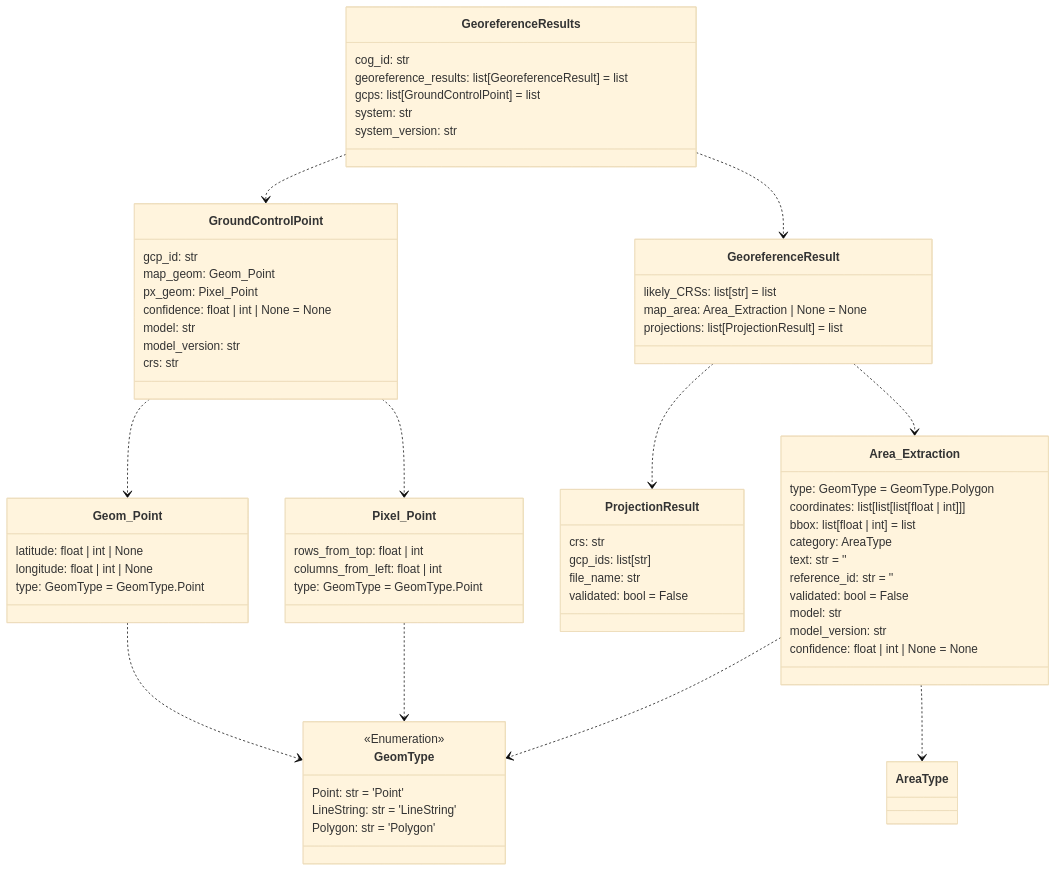
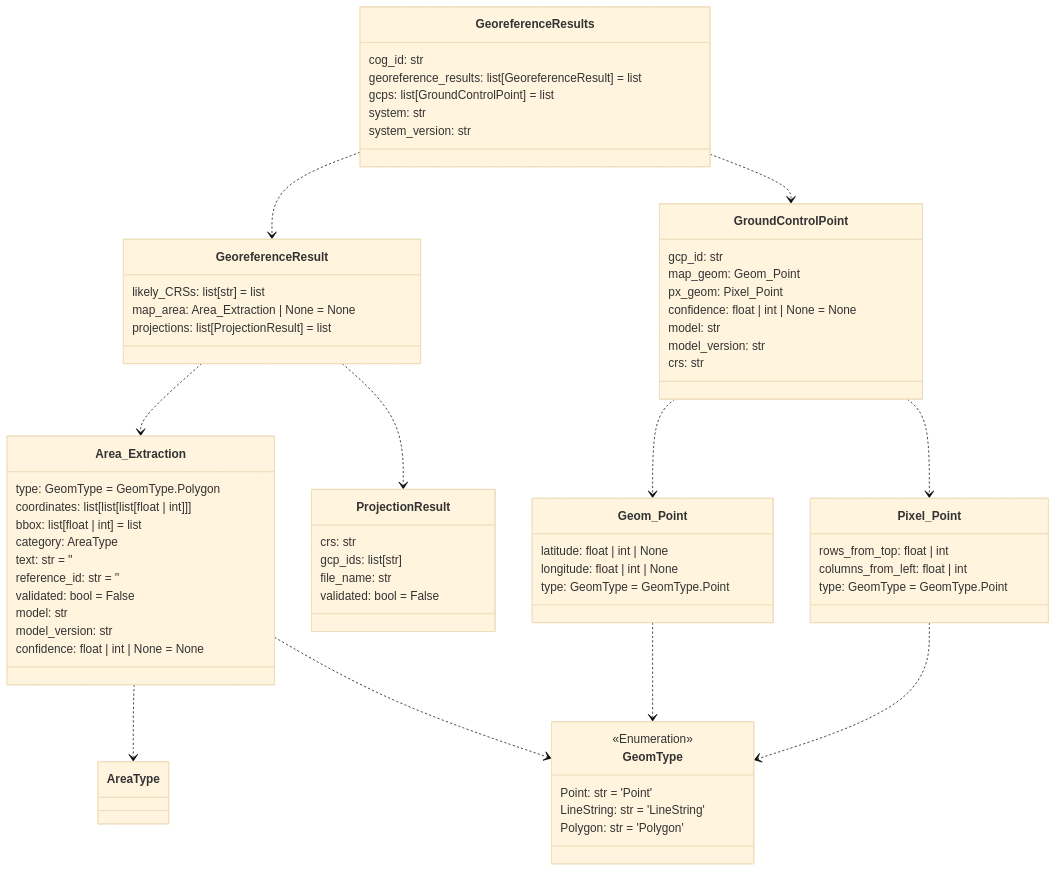
Before and after one commit to DARPA-CRITICALMAAS/cdr_schemas: the second of 14 diagrams in README.md, drawn with Mermaid (base theme). The commit also changed other lines of this file and 2 other files, not shown here.

First line of the commit message:
minimal RFUserOptions for baseline RandomForestClassifier model (#61)

````diff
--- a/README.md
+++ b/README.md
@@ -117,79 +117,79 @@
 ```mermaid
 classDiagram
 
-    class Geom_Point {
-        latitude: float | int | None
-        longitude: float | int | None
-        type: GeomType = GeomType.Point
+    class GeoreferenceResults {
+        cog_id: str
+        georeference_results: list[GeoreferenceResult] = list
+        gcps: list[GroundControlPoint] = list
+        system: str
+        system_version: str
     }
 
     class GeomType {
         <<Enumeration>>
         Point: str = 'Point'
         LineString: str = 'LineString'
         Polygon: str = 'Polygon'
     }
 
+    class GeoreferenceResult {
+        likely_CRSs: list[str] = list
+        map_area: Area_Extraction | None = None
+        projections: list[ProjectionResult] = list
+    }
+
     class Pixel_Point {
         rows_from_top: float | int
         columns_from_left: float | int
         type: GeomType = GeomType.Point
-    }
-
-    class GeoreferenceResults {
-        cog_id: str
-        georeference_results: list[GeoreferenceResult] = list
-        gcps: list[GroundControlPoint] = list
-        system: str
-        system_version: str
-    }
-
-    class GroundControlPoint {
-        gcp_id: str
-        map_geom: Geom_Point
-        px_geom: Pixel_Point
-        confidence: float | int | None = None
-        model: str
-        model_version: str
-        crs: str
-    }
-
-    class GeoreferenceResult {
-        likely_CRSs: list[str] = list
-        map_area: Area_Extraction | None = None
-        projections: list[ProjectionResult] = list
     }
 
     class ProjectionResult {
         crs: str
         gcp_ids: list[str]
         file_name: str
         validated: bool = False
+    }
+
+    class Geom_Point {
+        latitude: float | int | None
+        longitude: float | int | None
+        type: GeomType = GeomType.Point
     }
 
     class Area_Extraction {
         type: GeomType = GeomType.Polygon
         coordinates: list[list[list[float | int]]]
         bbox: list[float | int] = list
         category: AreaType
         text: str = ''
         reference_id: str = ''
         validated: bool = False
         model: str
         model_version: str
         confidence: float | int | None = None
     }
 
+    class GroundControlPoint {
+        gcp_id: str
+        map_geom: Geom_Point
+        px_geom: Pixel_Point
+        confidence: float | int | None = None
+        model: str
+        model_version: str
+        crs: str
+    }
+
+    Area_Extraction ..> AreaType
     Area_Extraction ..> GeomType
-    Area_Extraction ..> AreaType
     Geom_Point ..> GeomType
     Pixel_Point ..> GeomType
+    GroundControlPoint ..> Pixel_Point
     GroundControlPoint ..> Geom_Point
-    GroundControlPoint ..> Pixel_Point
+    GeoreferenceResult ..> Area_Extraction
     GeoreferenceResult ..> ProjectionResult
-    GeoreferenceResult ..> Area_Extraction
+    GeoreferenceResults ..> GeoreferenceResult
     GeoreferenceResults ..> GroundControlPoint
-    GeoreferenceResults ..> GeoreferenceResult
 
 
 ```
````
